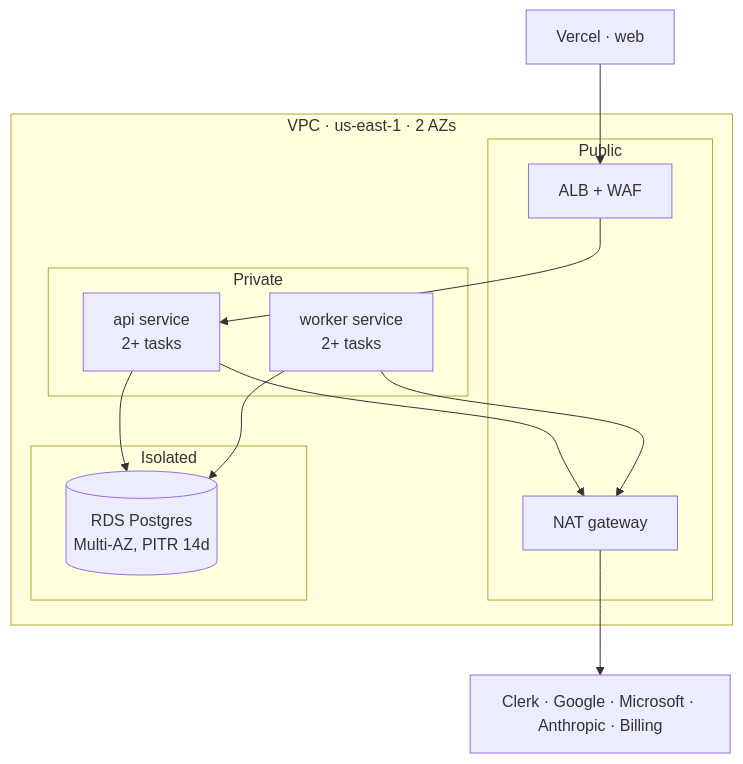
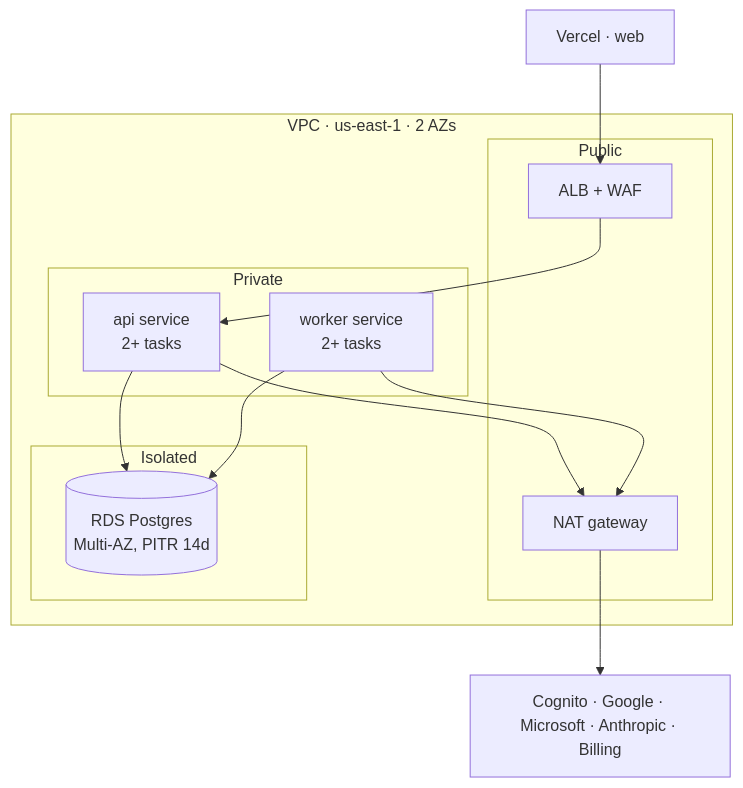
Before and after one commit to JaySingh86/MoneyPilotAI: the ninth of 9 diagrams in docs/architecture/ARCHITECTURE.md, drawn with Mermaid. The commit also changed other lines of this file and 4 other files, not shown here.

````diff
--- a/docs/architecture/ARCHITECTURE.md
+++ b/docs/architecture/ARCHITECTURE.md
@@ -306,23 +306,23 @@
 ```mermaid
 flowchart TB
   subgraph VPC["VPC · us-east-1 · 2 AZs"]
     subgraph Public
       ALB2[ALB + WAF]
       NAT[NAT gateway]
     end
     subgraph Private
       APIS[api service<br/>2+ tasks]
       WRKS[worker service<br/>2+ tasks]
     end
     subgraph Isolated
       RDS[(RDS Postgres<br/>Multi-AZ, PITR 14d)]
     end
   end
   VERCEL[Vercel · web] --> ALB2
   ALB2 --> APIS
   APIS --> RDS
   WRKS --> RDS
   APIS --> NAT
   WRKS --> NAT
-  NAT --> EXT[Clerk · Google · Microsoft · Anthropic · Billing]
+  NAT --> EXT[Cognito · Google · Microsoft · Anthropic · Billing]
 ```
````
